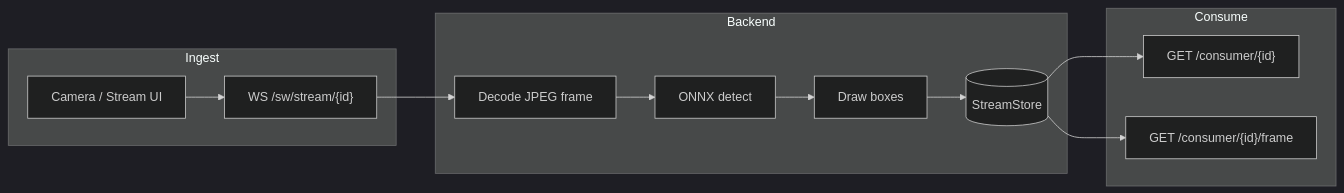
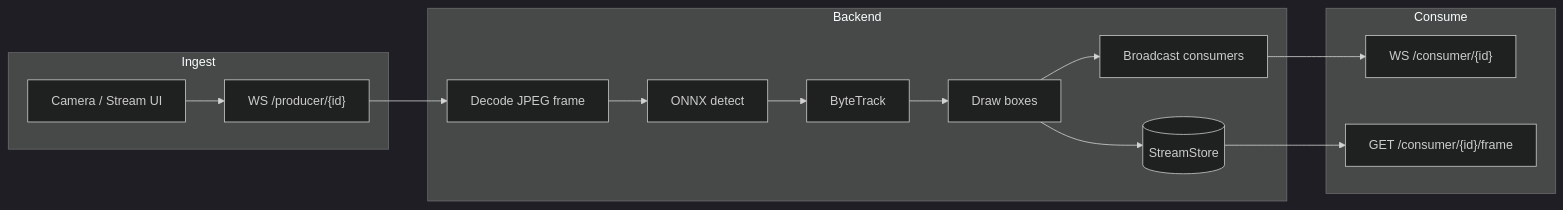
Before and after one commit to ShaniNahaissi/GUARDIAN: the diagram in DEV.md, drawn with Mermaid (dark theme). The commit also changed other lines of this file and 66 other files, not shown here.

````diff
--- a/DEV.md
+++ b/DEV.md
@@ -27,21 +27,24 @@
 ```mermaid
 flowchart LR
   subgraph ingest [Ingest]
     FE_CAM[Camera / Stream UI]
-    WS["WS /sw/stream/{id}"]
+    WS["WS /producer/{id}"]
   end
   subgraph backend [Backend]
     DEC[Decode JPEG frame]
     ONNX[ONNX detect]
+    BT[ByteTrack]
     DRAW[Draw boxes]
     STORE[(StreamStore)]
+    BCAST[Broadcast consumers]
   end
   subgraph consume [Consume]
-    MJPEG["GET /consumer/{id}"]
+    CWS["WS /consumer/{id}"]
     SNAP["GET /consumer/{id}/frame"]
   end
   FE_CAM --> WS
-  WS --> DEC --> ONNX --> DRAW --> STORE
-  STORE --> MJPEG
+  WS --> DEC --> ONNX --> BT --> DRAW --> STORE
+  DRAW --> BCAST
+  BCAST --> CWS
   STORE --> SNAP
 ```
````
